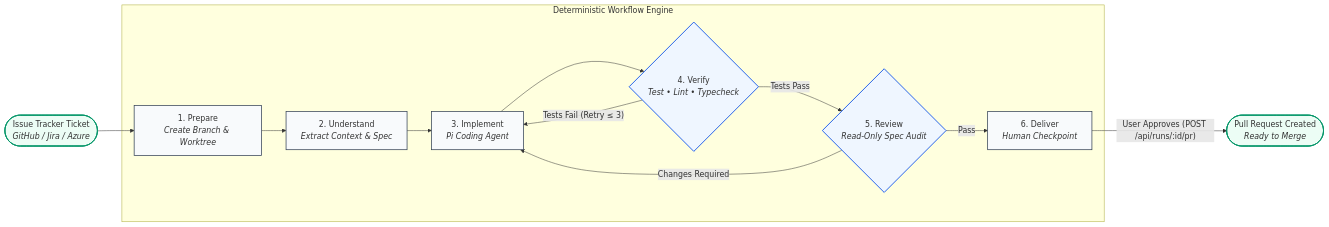
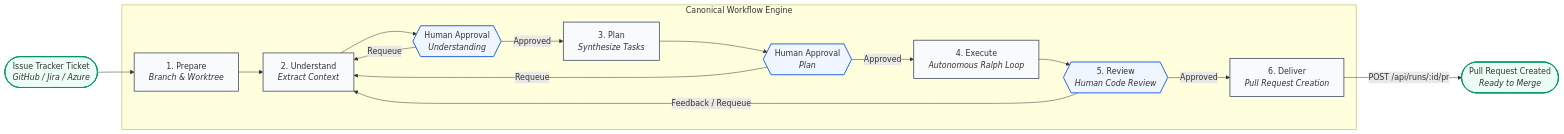
One commit to tkz96/x-factory changed the second of 2 diagrams in README.md. Above: the diagram before and after it, drawn with Mermaid. The commit also changed other lines of this file and 76 other files, not shown here.

First line of the commit message:
fix(stabilization): implement stabilization backlog and purge legacy pipeline

````diff
--- a/README.md
+++ b/README.md
@@ -62,28 +62,34 @@
 ```mermaid
 flowchart LR
     Ticket([Issue Tracker Ticket<br/><i>GitHub / Jira / Azure</i>]) --> Prepare
     
-    subgraph Pipeline["Deterministic Workflow Engine"]
-        Prepare["1. Prepare<br/><i>Create Branch & Worktree</i>"]
-        Understand["2. Understand<br/><i>Extract Context & Spec</i>"]
-        Implement["3. Implement<br/><i>Pi Coding Agent</i>"]
-        Verify{"4. Verify<br/><i>Test • Lint • Typecheck</i>"}
-        Review{"5. Review<br/><i>Read-Only Spec Audit</i>"}
-        Deliver["6. Deliver<br/><i>Human Checkpoint</i>"]
+    subgraph Pipeline["Canonical Workflow Engine"]
+        Prepare["1. Prepare<br/><i>Branch & Worktree</i>"]
+        Understand["2. Understand<br/><i>Extract Context</i>"]
+        Chk1{{"Human Approval<br/><i>Understanding</i>"}}
+        Plan["3. Plan<br/><i>Synthesize Tasks</i>"]
+        Chk2{{"Human Approval<br/><i>Plan</i>"}}
+        Execute["4. Execute<br/><i>Autonomous Ralph Loop</i>"]
+        Review{{"5. Review<br/><i>Human Code Review</i>"}}
+        Deliver["6. Deliver<br/><i>Pull Request Creation</i>"]
     end
 
-    Prepare --> Understand --> Implement --> Verify
-    Verify -->|"Tests Pass"| Review
-    Verify -->|"Tests Fail (Retry &le; 3)"| Implement
-    Review -->|"Pass"| Deliver
-    Review -->|"Changes Required"| Implement
+    Prepare --> Understand --> Chk1
+    Chk1 -->|"Approved"| Plan
+    Chk1 -->|"Requeue"| Understand
+    Plan --> Chk2
+    Chk2 -->|"Approved"| Execute
+    Chk2 -->|"Requeue"| Understand
+    Execute --> Review
+    Review -->|"Approved"| Deliver
+    Review -->|"Feedback / Requeue"| Understand
     
-    Deliver -->|"User Approves (POST /api/runs/:id/pr)"| PR([Pull Request Created<br/><i>Ready to Merge</i>])
+    Deliver -->|"POST /api/runs/:id/pr"| PR([Pull Request Created<br/><i>Ready to Merge</i>])
     
     classDef stage fill:#f8fafc,stroke:#334155,stroke-width:1.5px;
-    classDef decision fill:#eff6ff,stroke:#2563eb,stroke-width:2px;
+    classDef checkpoint fill:#eff6ff,stroke:#2563eb,stroke-width:2px;
     classDef terminal fill:#ecfdf5,stroke:#059669,stroke-width:2px;
-    class Prepare,Understand,Implement,Deliver stage;
-    class Verify,Review decision;
+    class Prepare,Understand,Plan,Execute,Deliver stage;
+    class Chk1,Chk2,Review checkpoint;
     class Ticket,PR terminal;
 ```
````
